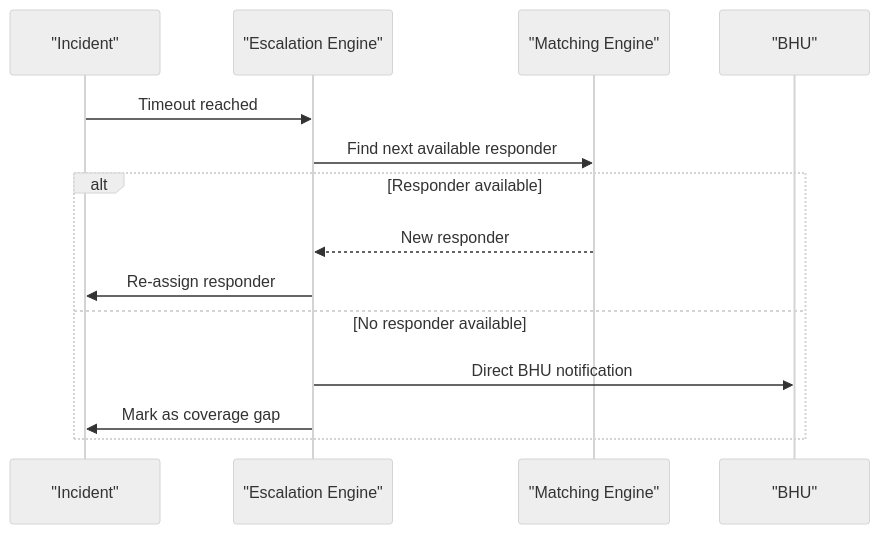
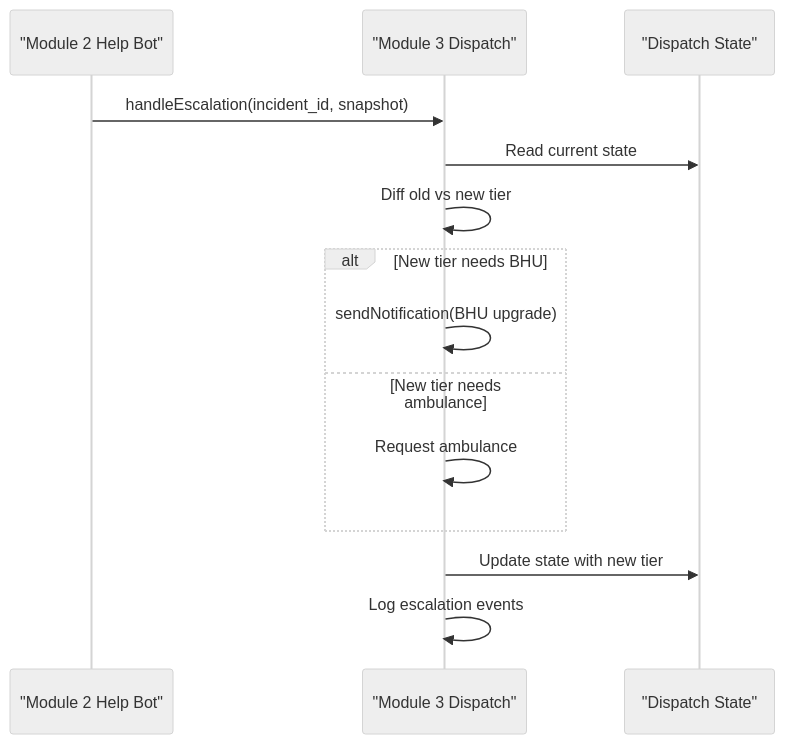
One commit to M-Rumman/LifeLine-Ride changed the seventh of 8 diagrams in .qoder/repowiki/en/content/Matching & Dispatch Engine.md. Above: the diagram before and after it, drawn with Mermaid (neutral theme). The commit also changed other lines of this file and 46 other files, not shown here.

````diff
--- a/.qoder/repowiki/en/content/Matching & Dispatch Engine.md
+++ b/.qoder/repowiki/en/content/Matching & Dispatch Engine.md
@@ -365,16 +280,16 @@
 ```mermaid
 sequenceDiagram
-participant I as "Incident"
-participant E as "Escalation Engine"
-participant M as "Matching Engine"
-participant B as "BHU"
-I->>E : Timeout reached
-E->>M : Find next available responder
-alt Responder available
-M-->>E : New responder
-E->>I : Re-assign responder
-else No responder available
-E->>B : Direct BHU notification
-E->>I : Mark as coverage gap
+participant Module2 as "Module 2 Help Bot"
+participant Module3 as "Module 3 Dispatch"
+participant State as "Dispatch State"
+Module2->>Module3 : handleEscalation(incident_id, snapshot)
+Module3->>State : Read current state
+Module3->>Module3 : Diff old vs new tier
+alt New tier needs BHU
+Module3->>Module3 : sendNotification(BHU upgrade)
+else New tier needs ambulance
+Module3->>Module3 : Request ambulance
 end
+Module3->>State : Update state with new tier
+Module3->>Module3 : Log escalation events
 ```
````
